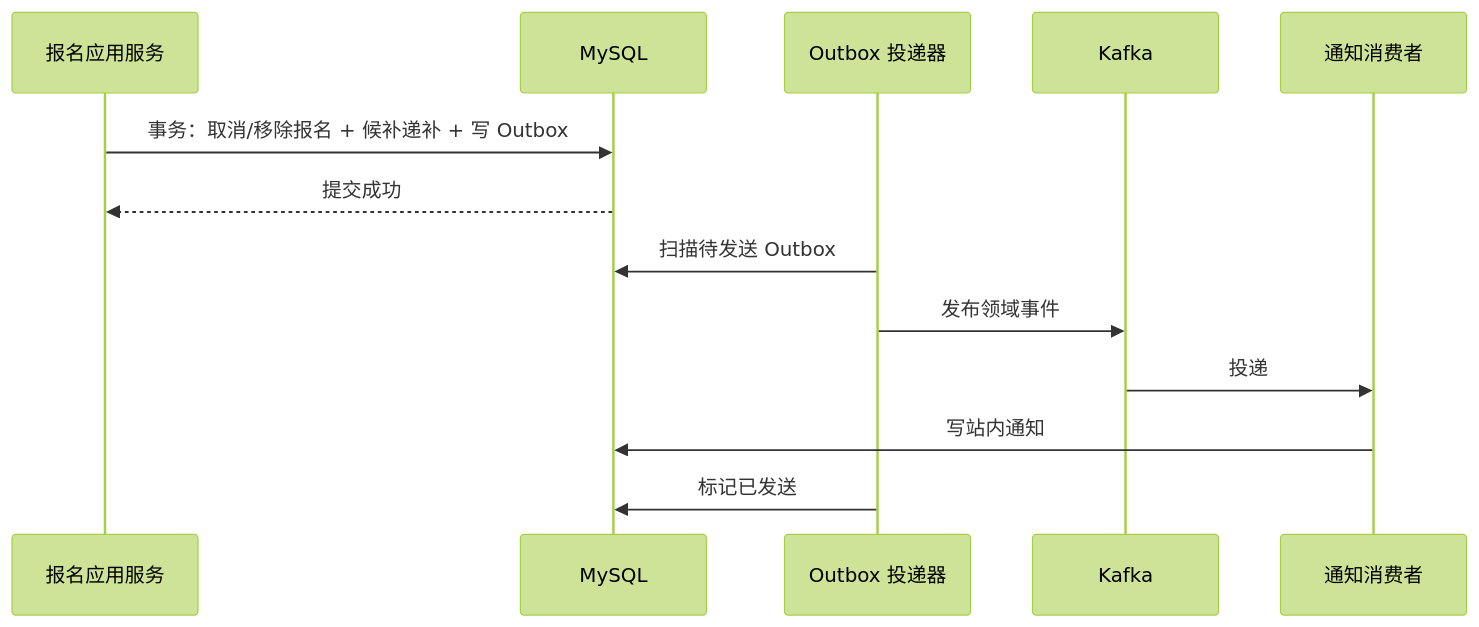
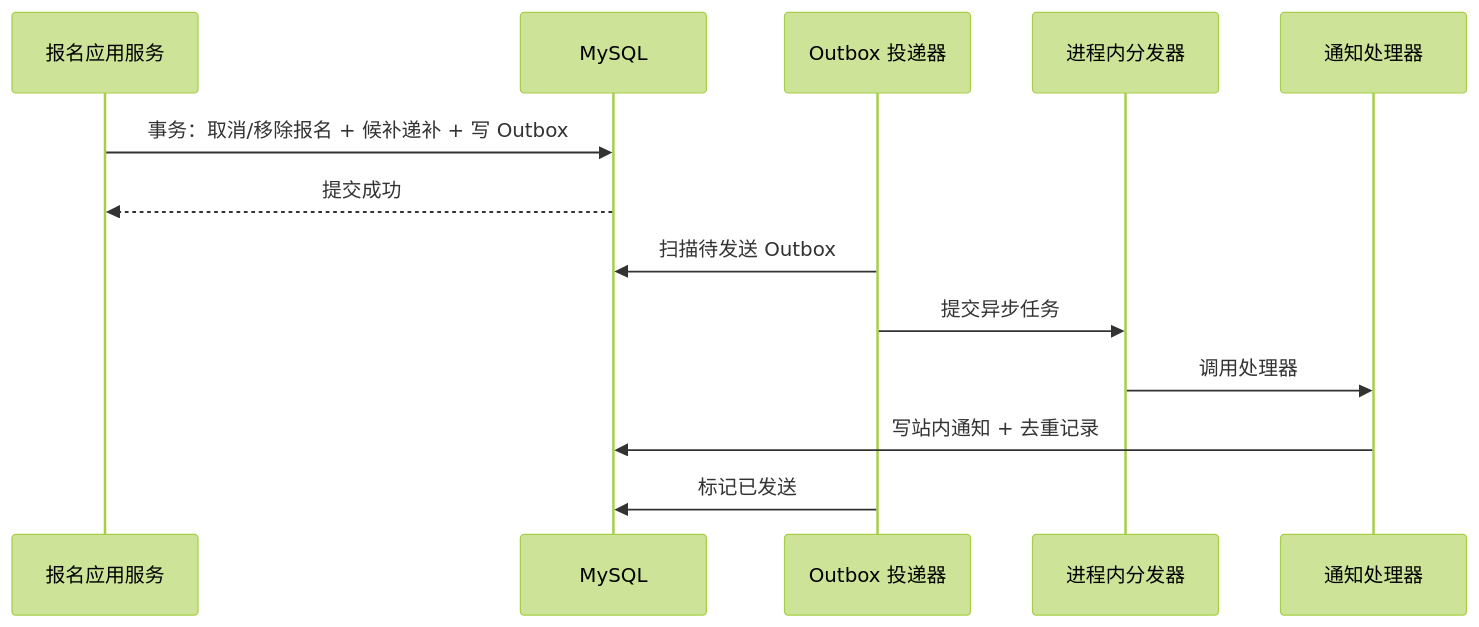
One commit to zhouyacheng/yunhefc changed the fifth of 7 diagrams in docs/design/03.整体架构设计.md. Above: the diagram before and after it, drawn with Mermaid (forest theme). The commit also changed other lines of this file and 57 other files, not shown here.

````diff
--- a/docs/design/03.整体架构设计.md
+++ b/docs/design/03.整体架构设计.md
@@ -339,15 +337,15 @@
 ```mermaid
 sequenceDiagram
   participant A as 报名应用服务
   participant D as MySQL
   participant O as Outbox 投递器
-  participant K as Kafka
-  participant N as 通知消费者
+  participant P as 进程内分发器
+  participant N as 通知处理器
   A->>D: 事务：取消/移除报名 + 候补递补 + 写 Outbox
   D-->>A: 提交成功
   O->>D: 扫描待发送 Outbox
-  O->>K: 发布领域事件
-  K->>N: 投递
-  N->>D: 写站内通知
+  O->>P: 提交异步任务
+  P->>N: 调用处理器
+  N->>D: 写站内通知 + 去重记录
   O->>D: 标记已发送
 ```
````
